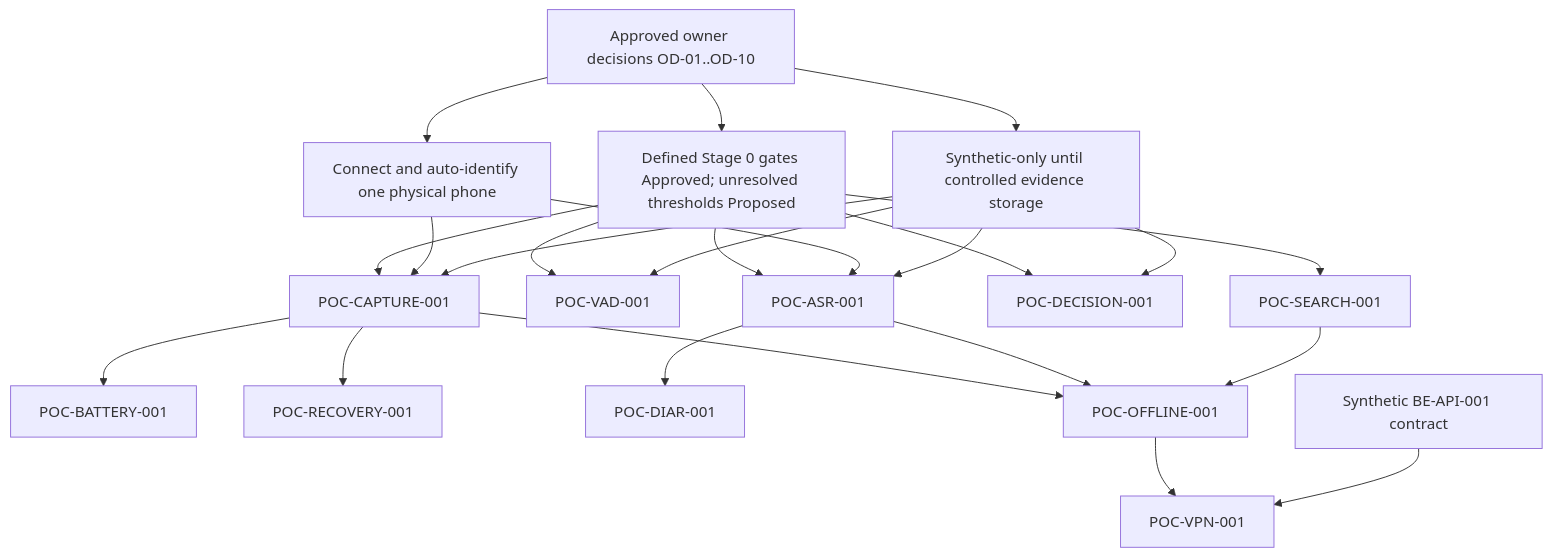
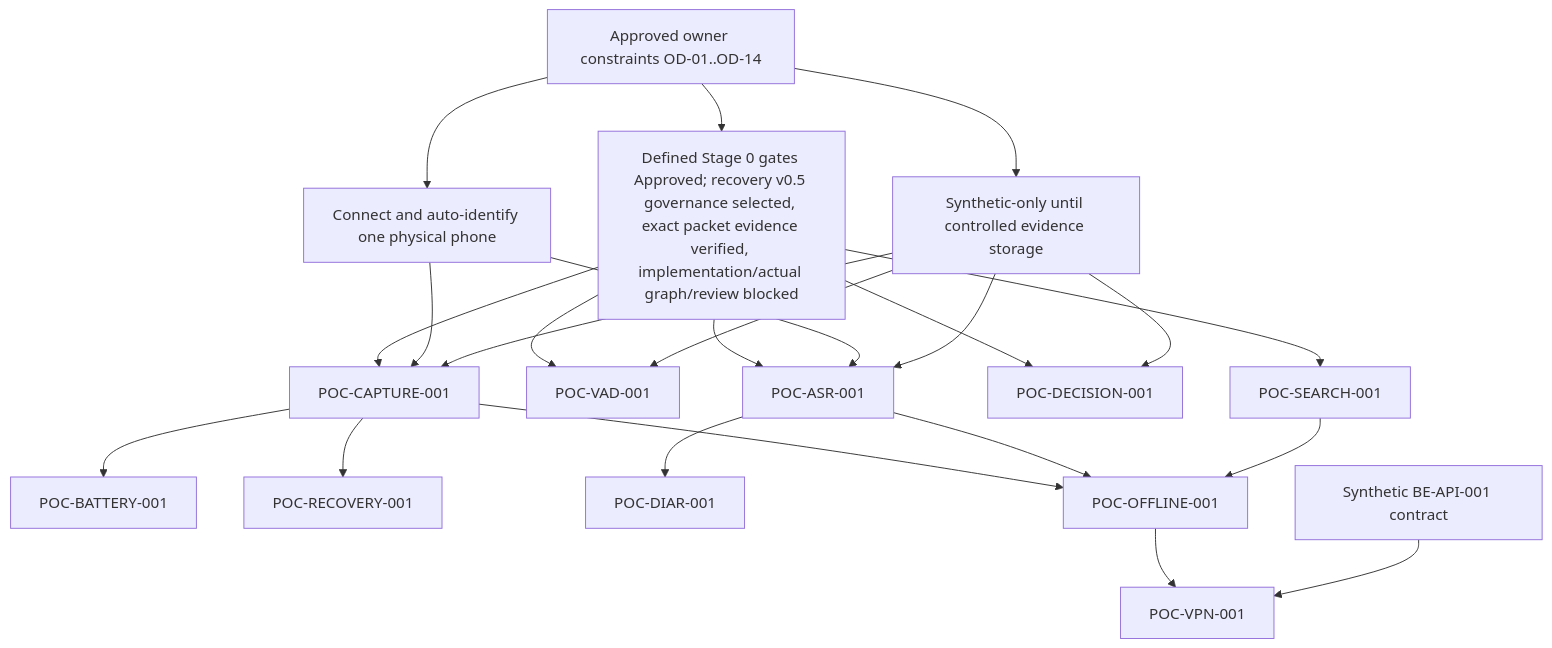
The diagram in docs/stage0/DORA_MVP1_POC_EXECUTION_ORDER.md (Monumentogram/DORA), drawn with Mermaid before and after one commit. The commit also changed other lines of this file and 57 other files, not shown here.

First line of the commit message:
Stage 0D: remediate POC-RECOVERY-001 governance protocol v0.5 (#11)

````diff
--- a/docs/stage0/DORA_MVP1_POC_EXECUTION_ORDER.md
+++ b/docs/stage0/DORA_MVP1_POC_EXECUTION_ORDER.md
@@ -34,25 +34,25 @@
 ```mermaid
 flowchart TD
-    O["Approved owner decisions OD-01..OD-10"] --> G["Defined Stage 0 gates Approved; unresolved thresholds Proposed"]
+    O["Approved owner constraints OD-01..OD-14"] --> G["Defined Stage 0 gates Approved; recovery v0.5 governance selected, exact packet evidence verified, implementation/actual graph/review blocked"]
     O --> D["Connect and auto-identify one physical phone"]
     O --> C["Synthetic-only until controlled evidence storage"]
     G --> CAP["POC-CAPTURE-001"]
     D --> CAP
     C --> CAP
     CAP --> BAT["POC-BATTERY-001"]
     CAP --> REC["POC-RECOVERY-001"]
     G --> VAD["POC-VAD-001"]
     C --> VAD
     G --> ASR["POC-ASR-001"]
     D --> ASR
     C --> ASR
     ASR --> DIAR["POC-DIAR-001"]
     G --> DEC["POC-DECISION-001"]
     C --> DEC
     G --> SEARCH["POC-SEARCH-001"]
     CAP --> OFF["POC-OFFLINE-001"]
     ASR --> OFF
     SEARCH --> OFF
     OFF --> VPN["POC-VPN-001"]
     API["Synthetic BE-API-001 contract"] --> VPN
 ```
````
